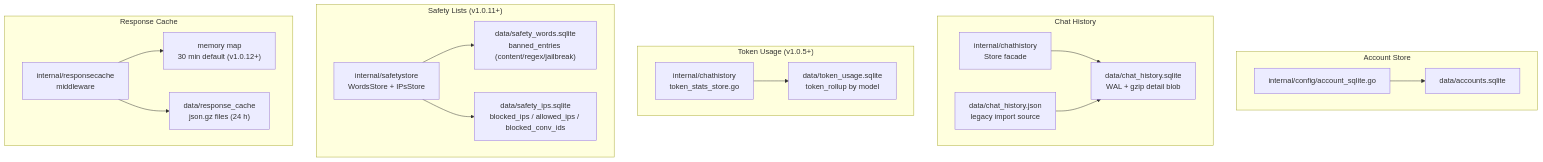
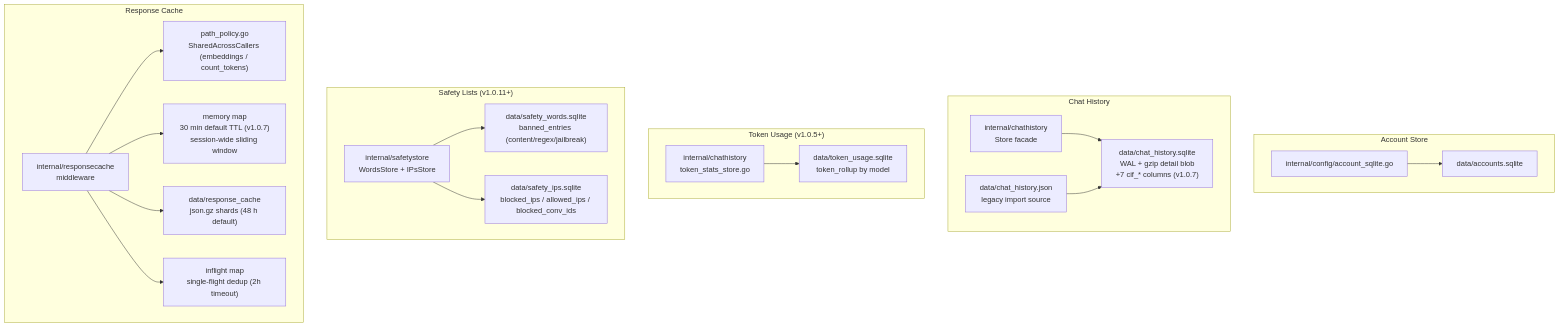
The first of 2 diagrams in docs/storage-cache.md (marklove5102/DeepSeek_Web_To_API), drawn with Mermaid before and after one commit. The commit also changed other lines of this file and 17 other files, not shown here.

````diff
--- a/docs/storage-cache.md
+++ b/docs/storage-cache.md
@@ -48,34 +51,38 @@
 ```mermaid
 graph TB
 subgraph "Account Store"
 ACCDB["internal/config/account_sqlite.go"]
 ACCSQL["data/accounts.sqlite"]
 end
 subgraph "Chat History"
 STORE["internal/chathistory<br/>Store facade"]
-SQLITE["data/chat_history.sqlite<br/>WAL + gzip detail blob"]
+SQLITE["data/chat_history.sqlite<br/>WAL + gzip detail blob<br/>+7 cif_* columns (v1.0.7)"]
 LEGACY["data/chat_history.json<br/>legacy import source"]
 end
 subgraph "Token Usage (v1.0.5+)"
 TOKEN["internal/chathistory<br/>token_stats_store.go"]
 TOKENDB["data/token_usage.sqlite<br/>token_rollup by model"]
 end
 subgraph "Safety Lists (v1.0.11+)"
 SAFETY["internal/safetystore<br/>WordsStore + IPsStore"]
 WORDS["data/safety_words.sqlite<br/>banned_entries (content/regex/jailbreak)"]
 IPS["data/safety_ips.sqlite<br/>blocked_ips / allowed_ips / blocked_conv_ids"]
 end
 subgraph "Response Cache"
 CACHE["internal/responsecache<br/>middleware"]
-MEM["memory map<br/>30 min default (v1.0.12+)"]
-DISK["data/response_cache<br/>json.gz files (24 h)"]
+POLICY["path_policy.go<br/>SharedAcrossCallers (embeddings / count_tokens)"]
+MEM["memory map<br/>30 min default TTL (v1.0.7)<br/>session-wide sliding window"]
+DISK["data/response_cache<br/>json.gz shards (48 h default)"]
+INFLIGHT["inflight map<br/>single-flight dedup (2h timeout)"]
 end
 ACCDB --> ACCSQL
 STORE --> SQLITE
 LEGACY --> SQLITE
 TOKEN --> TOKENDB
 SAFETY --> WORDS
 SAFETY --> IPS
+CACHE --> POLICY
 CACHE --> MEM
 CACHE --> DISK
+CACHE --> INFLIGHT
 ```
````
